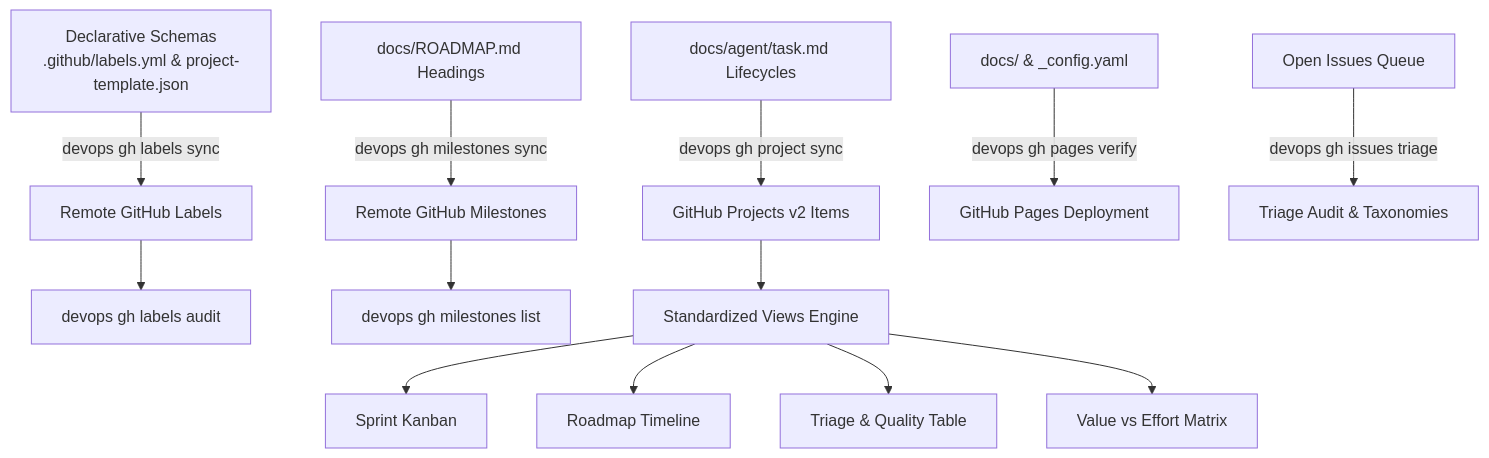
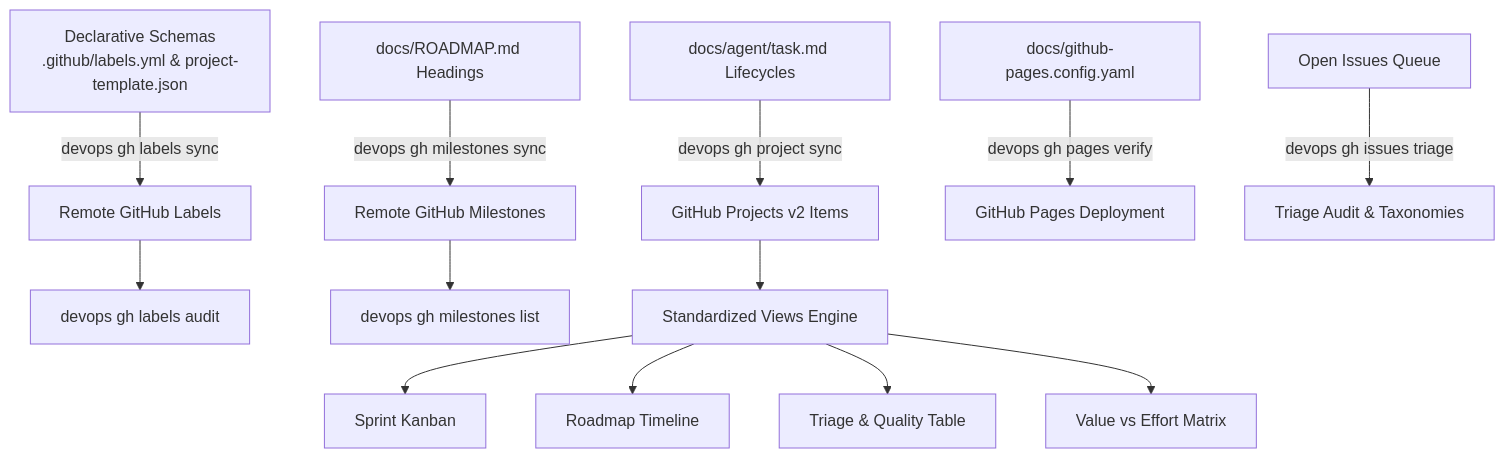
Before and after one commit to dan-petty/devops-cli: the diagram in src/devops_cli/ai/knowledge_base/devops_cli/tasks/github_project_management.md, drawn with Mermaid. The commit also changed other lines of this file and 8 other files, not shown here.

Commit message:
refactor(pages,review): eliminate legacy config paths and harden secret redaction

````diff
--- a/src/devops_cli/ai/knowledge_base/devops_cli/tasks/github_project_management.md
+++ b/src/devops_cli/ai/knowledge_base/devops_cli/tasks/github_project_management.md
@@ -17,15 +17,15 @@
 ```mermaid
 graph TD
     A[Declarative Schemas<br/>.github/labels.yml & project-template.json] -->|devops gh labels sync| B[Remote GitHub Labels]
     C[docs/ROADMAP.md Headings] -->|devops gh milestones sync| D[Remote GitHub Milestones]
     E[docs/agent/task.md Lifecycles] -->|devops gh project sync| F[GitHub Projects v2 Items]
-    G[docs/ & _config.yaml] -->|devops gh pages verify| H[GitHub Pages Deployment]
+    G[docs/github-pages.config.yaml] -->|devops gh pages verify| H[GitHub Pages Deployment]
     I[Open Issues Queue] -->|devops gh issues triage| J[Triage Audit & Taxonomies]
     B --> K[devops gh labels audit]
     D --> L[devops gh milestones list]
     F --> M[Standardized Views Engine]
     M --> N[Sprint Kanban]
     M --> O[Roadmap Timeline]
     M --> P[Triage & Quality Table]
     M --> Q[Value vs Effort Matrix]
 ```
````
